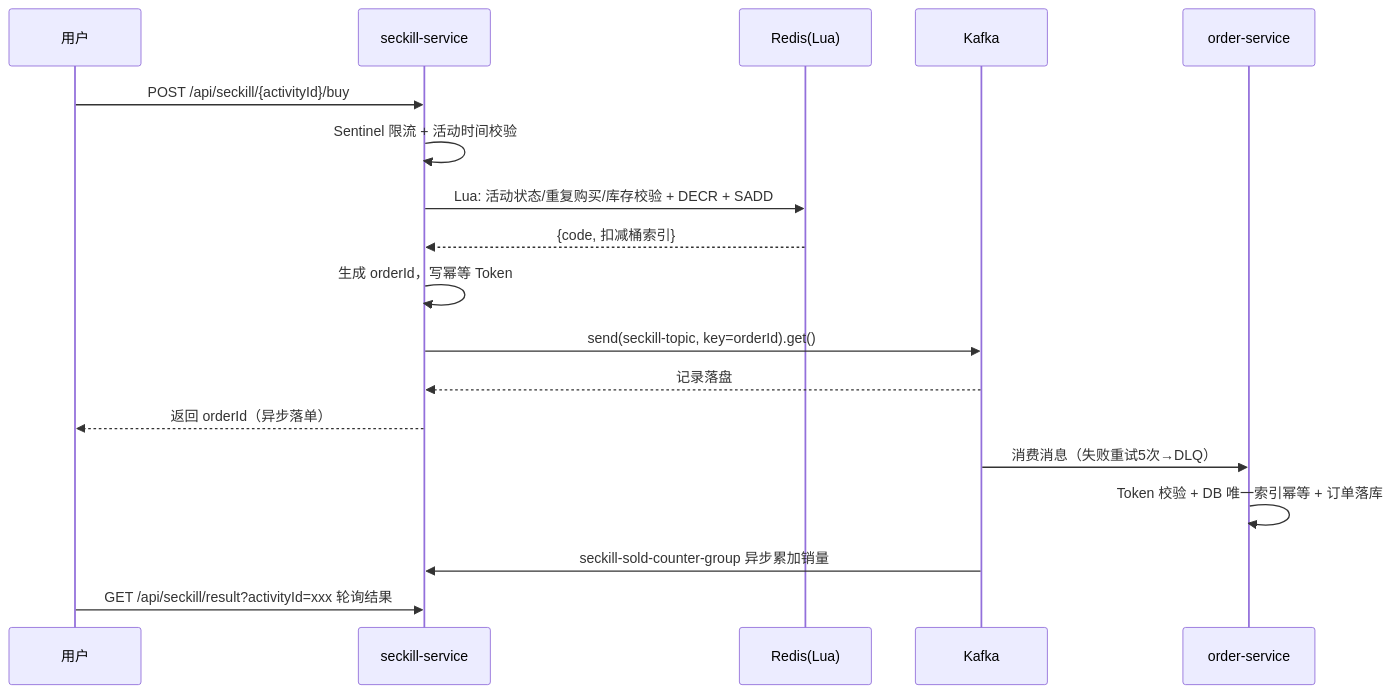
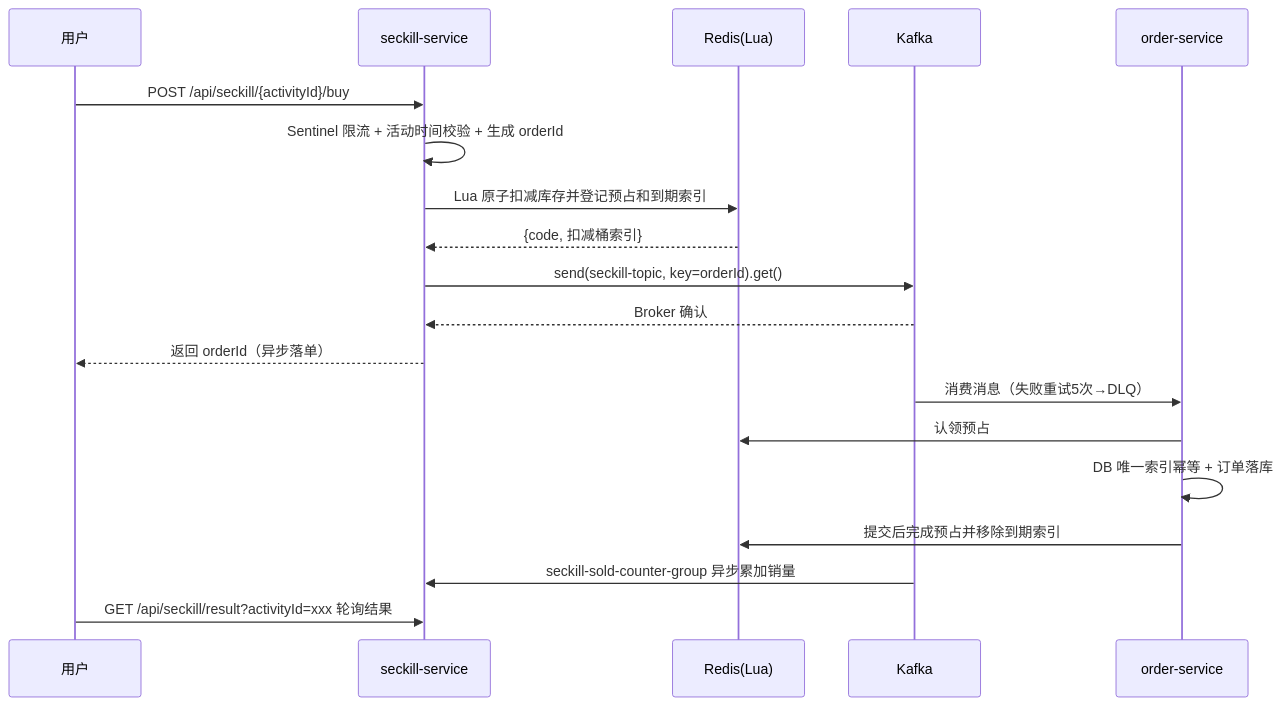
One commit to apheli0os/coupon changed the second of 2 diagrams in README.md. Above: the diagram before and after it, drawn with Mermaid. The commit also changed other lines of this file and 29 other files, not shown here.

````diff
--- a/README.md
+++ b/README.md
@@ -78,21 +78,22 @@
 ```mermaid
 sequenceDiagram
     participant U as 用户
     participant S as seckill-service
     participant R as Redis(Lua)
     participant MQ as Kafka
     participant O as order-service
 
     U->>S: POST /api/seckill/{activityId}/buy
-    S->>S: Sentinel 限流 + 活动时间校验
-    S->>R: Lua: 活动状态/重复购买/库存校验 + DECR + SADD
+    S->>S: Sentinel 限流 + 活动时间校验 + 生成 orderId
+    S->>R: Lua 原子扣减库存并登记预占和到期索引
     R-->>S: {code, 扣减桶索引}
-    S->>S: 生成 orderId，写幂等 Token
     S->>MQ: send(seckill-topic, key=orderId).get()
-    MQ-->>S: 记录落盘
+    MQ-->>S: Broker 确认
     S-->>U: 返回 orderId（异步落单）
     MQ->>O: 消费消息（失败重试5次→DLQ）
-    O->>O: Token 校验 + DB 唯一索引幂等 + 订单落库
+    O->>R: 认领预占
+    O->>O: DB 唯一索引幂等 + 订单落库
+    O->>R: 提交后完成预占并移除到期索引
     MQ->>S: seckill-sold-counter-group 异步累加销量
     U->>S: GET /api/seckill/result?activityId=xxx 轮询结果
 ```
````
